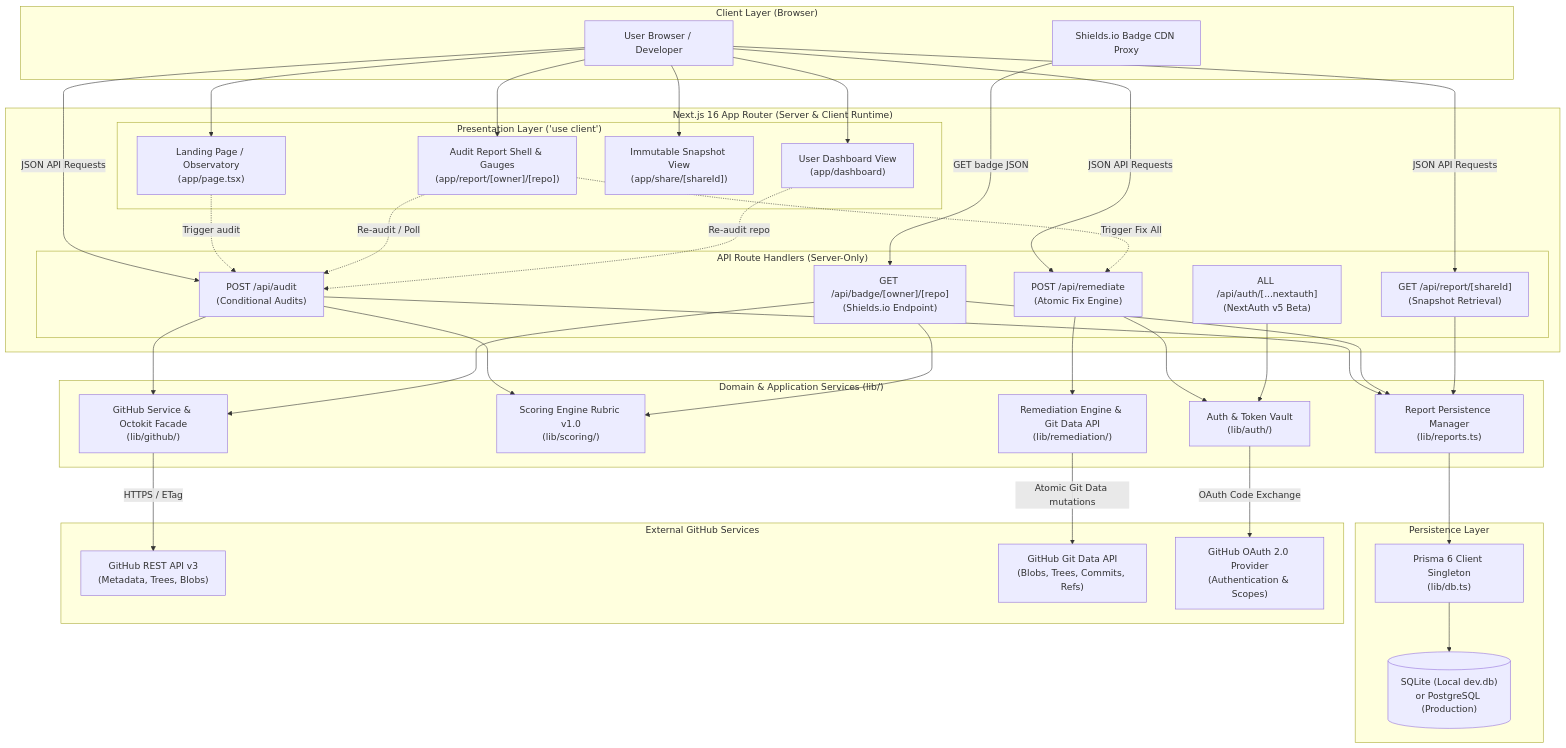
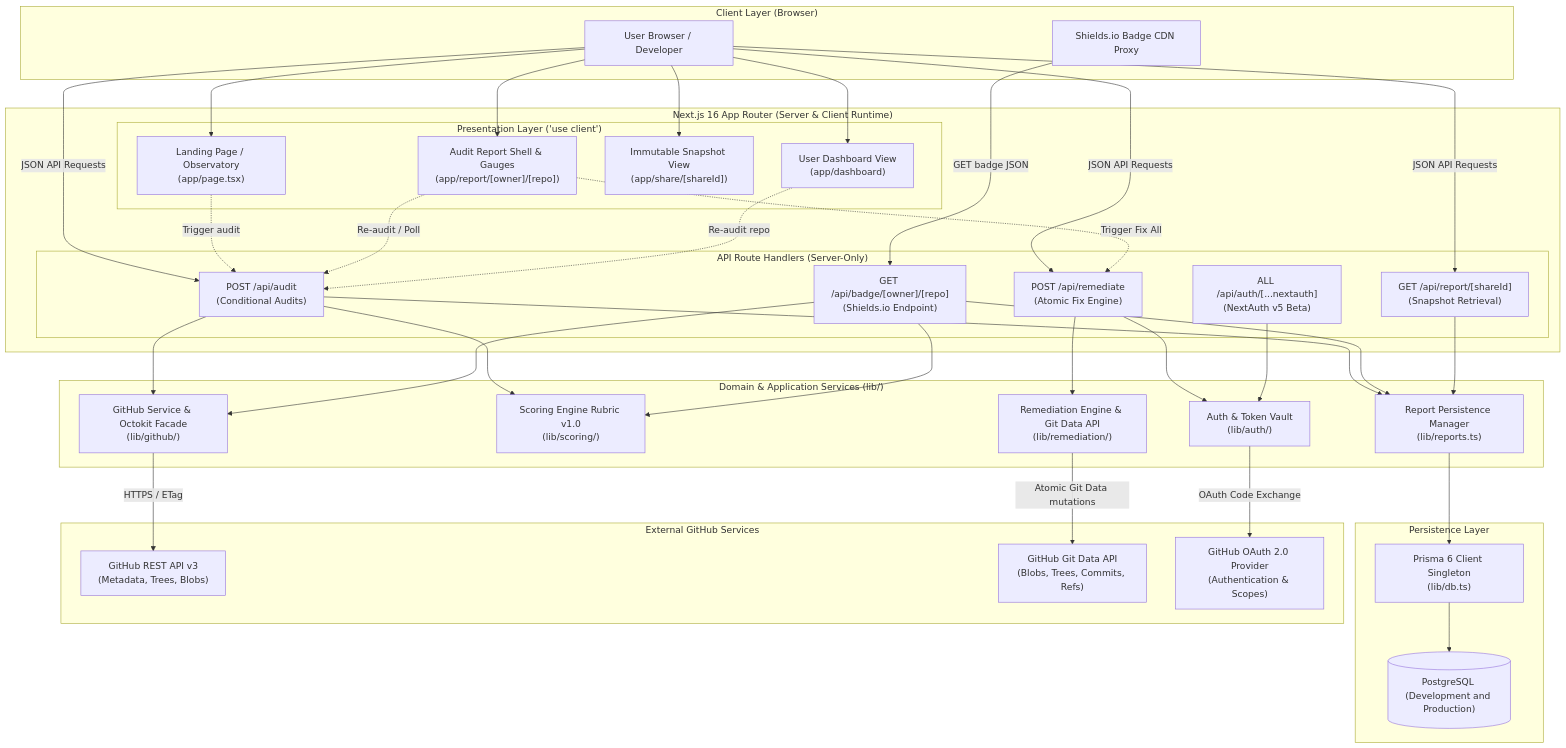
One commit to Mayank-Radadiya/Repodoc changed the first of 2 diagrams in docs/architecture.md. Above: the diagram before and after it, drawn with Mermaid. The commit also changed other lines of this file and 67 other files, not shown here.

Commit message:
feat: migrate database to PostgreSQL 18 with request budgeting and test isolation

````diff
--- a/docs/architecture.md
+++ b/docs/architecture.md
@@ -64,78 +64,78 @@
 ```mermaid
 flowchart TD
   subgraph ClientLayer["Client Layer (Browser)"]
     Browser["User Browser / Developer"]
     ShieldsCDN["Shields.io Badge CDN Proxy"]
   end
 
   subgraph NextApp["Next.js 16 App Router (Server & Client Runtime)"]
     subgraph UIComponents["Presentation Layer ('use client')"]
       LandingUI["Landing Page / Observatory<br/>(app/page.tsx)"]
       ReportUI["Audit Report Shell & Gauges<br/>(app/report/[owner]/[repo])"]
       ShareUI["Immutable Snapshot View<br/>(app/share/[shareId])"]
       DashboardUI["User Dashboard View<br/>(app/dashboard)"]
     end
 
     subgraph RouteHandlers["API Route Handlers (Server-Only)"]
       AuditRoute["POST /api/audit<br/>(Conditional Audits)"]
       BadgeRoute["GET /api/badge/[owner]/[repo]<br/>(Shields.io Endpoint)"]
       ReportRoute["GET /api/report/[shareId]<br/>(Snapshot Retrieval)"]
       RemediateRoute["POST /api/remediate<br/>(Atomic Fix Engine)"]
       AuthRoute["ALL /api/auth/[...nextauth]<br/>(NextAuth v5 Beta)"]
     end
   end
 
   subgraph DomainServices["Domain & Application Services (lib/)"]
     GithubService["GitHub Service & Octokit Facade<br/>(lib/github/)"]
     ScoringEngine["Scoring Engine Rubric v1.0<br/>(lib/scoring/)"]
     RemediationEngine["Remediation Engine & Git Data API<br/>(lib/remediation/)"]
     ReportStore["Report Persistence Manager<br/>(lib/reports.ts)"]
     AuthModule["Auth & Token Vault<br/>(lib/auth/)"]
   end
 
   subgraph Persistence["Persistence Layer"]
     PrismaClient["Prisma 6 Client Singleton<br/>(lib/db.ts)"]
-    Database[("SQLite (Local dev.db)<br/>or PostgreSQL (Production)")]
+    Database[("PostgreSQL (Development and Production)")]
   end
 
   subgraph ExternalAPIs["External GitHub Services"]
     GitHubREST["GitHub REST API v3<br/>(Metadata, Trees, Blobs)"]
     GitHubGitData["GitHub Git Data API<br/>(Blobs, Trees, Commits, Refs)"]
     GitHubOAuth["GitHub OAuth 2.0 Provider<br/>(Authentication & Scopes)"]
   end
 
   %% Client to NextApp
   Browser --> LandingUI
   Browser --> ReportUI
   Browser --> ShareUI
   Browser --> DashboardUI
   Browser -->|JSON API Requests| AuditRoute
   Browser -->|JSON API Requests| RemediateRoute
   Browser -->|JSON API Requests| ReportRoute
   ShieldsCDN -->|GET badge JSON| BadgeRoute
 
   %% Presentation to Routes
   LandingUI -.->|Trigger audit| AuditRoute
   ReportUI -.->|Re-audit / Poll| AuditRoute
   ReportUI -.->|Trigger Fix All| RemediateRoute
   DashboardUI -.->|Re-audit repo| AuditRoute
 
   %% Routes to Services
   AuditRoute --> GithubService
   AuditRoute --> ScoringEngine
   AuditRoute --> ReportStore
   BadgeRoute --> GithubService
   BadgeRoute --> ScoringEngine
   BadgeRoute --> ReportStore
   ReportRoute --> ReportStore
   RemediateRoute --> RemediationEngine
   RemediateRoute --> AuthModule
   AuthRoute --> AuthModule
 
   %% Services to External / Persistence
   GithubService -->|HTTPS / ETag| GitHubREST
   RemediationEngine -->|Atomic Git Data mutations| GitHubGitData
   AuthModule -->|OAuth Code Exchange| GitHubOAuth
   ReportStore --> PrismaClient
   PrismaClient --> Database
 ```
````
